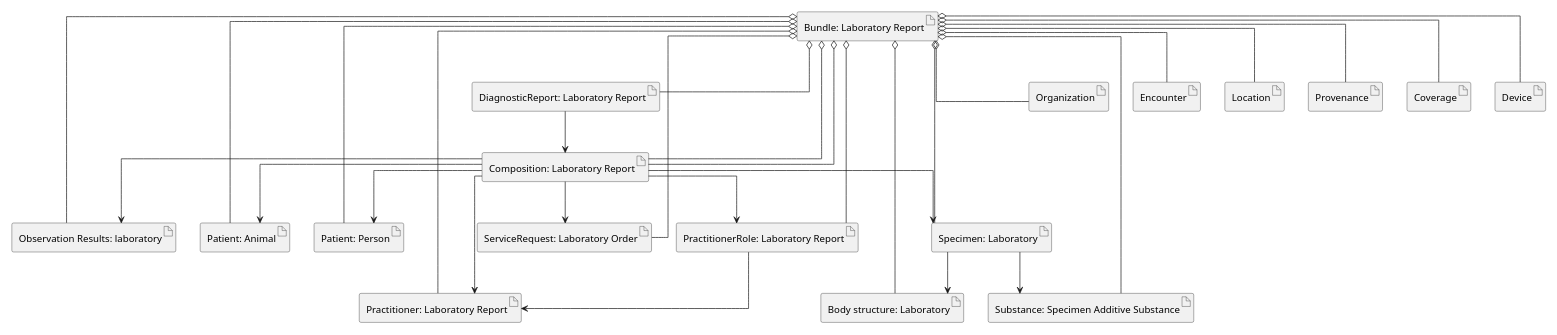
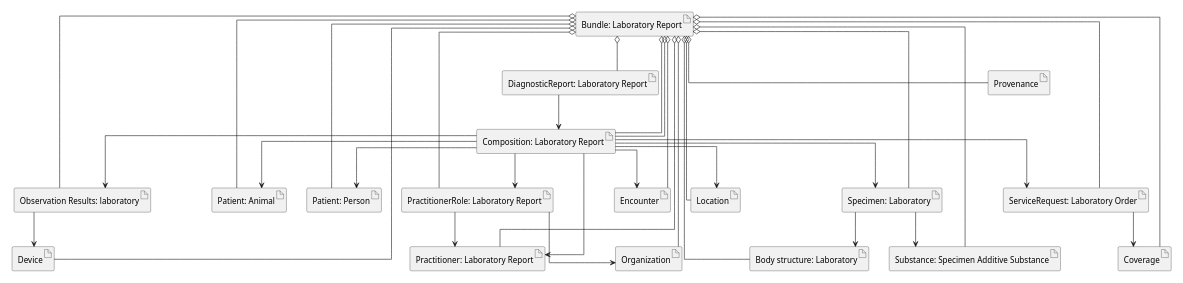
Before and after one commit to hl7-eu/laboratory: the diagram in input/images-source/document-overview.plantuml, drawn with PlantUML.

Commit message:
modified diagram

```diff
--- a/input/images-source/document-overview.plantuml
+++ b/input/images-source/document-overview.plantuml
@@ -1,72 +1,80 @@
 @startuml
 
 skinparam linetype ortho
-scale 0.6
+scale 0.5
+
 
 artifact "Bundle: Laboratory Report" as bundle
 artifact "Composition: Laboratory Report" as composition
 artifact "DiagnosticReport: Laboratory Report" as diagnosticReport
 artifact "Observation Results: laboratory" as result
 artifact "Patient: Animal" as animalPatient
 artifact "Patient: Person" as humanPatient
 artifact "Practitioner: Laboratory Report" as Practitioner
 artifact "PractitionerRole: Laboratory Report" as PractitionerRole
 artifact "ServiceRequest: Laboratory Order" as ServiceRequest
 artifact "Specimen: Laboratory" as Specimen
 artifact "Body structure: Laboratory" as bodyStructure
 artifact "Substance: Specimen Additive Substance" as Substance
 
 artifact Organization
 artifact Encounter
 artifact Location
 artifact Provenance
 artifact Coverage
 artifact Device
 
 
 url of bundle is  [[StructureDefinition-Bundle-eu-lab.html]]
 url of composition is  [[StructureDefinition-Composition-eu-lab.html]]
 url of diagnosticReport is  [[StructureDefinition-DiagnosticReport-eu-lab.html]]
 url of result [[StructureDefinition-Observation-resultslab-eu-lab.html]]
 url of humanPatient [[StructureDefinition-Patient-eu-lab.html]]
 url of animalPatient [[StructureDefinition-Patient-animal-eu-lab.html]]
 url of Practitioner [[StructureDefinition-Practitioner-eu-lab.html]]
 url of PractitionerRole [[StructureDefinition-PractitionerRole-eu-lab.html]]
 url of ServiceRequest [[StructureDefinition-ServiceRequest-eu-lab.html]]
 url of Specimen [[StructureDefinition-Specimen-eu-lab.html]]
 url of Substance [[StructureDefinition-Substance-additive-eu-lab.html]]
 url of bodyStructure [[StructureDefinition-BodyStructure-eu-lab.html]]
 
 bundle o-- composition
 bundle o-- diagnosticReport
 bundle o-- result
 bundle o-- humanPatient
 bundle o-- animalPatient
 bundle o-- composition
 bundle o-- Practitioner
 bundle o-- PractitionerRole
 bundle o-- ServiceRequest
 bundle o-- Specimen
 bundle o-- Substance
 bundle o-- bodyStructure
 bundle o-- Organization
 bundle o-- Encounter
 bundle o-- Location
 bundle o-- Provenance
 bundle o-- Coverage
 bundle o-- Device
 
 composition --> result
 composition --> animalPatient
 composition --> humanPatient
 composition --> Practitioner
 composition --> PractitionerRole
 composition --> ServiceRequest
 composition --> Specimen
+composition --> Location
+composition --> Encounter
+
 
 diagnosticReport --> composition
 Specimen --> Substance
 Specimen --> bodyStructure
 PractitionerRole --> Practitioner
+PractitionerRole --> Organization
+result --> Device
+ServiceRequest --> Coverage
+
 
 @enduml
```
